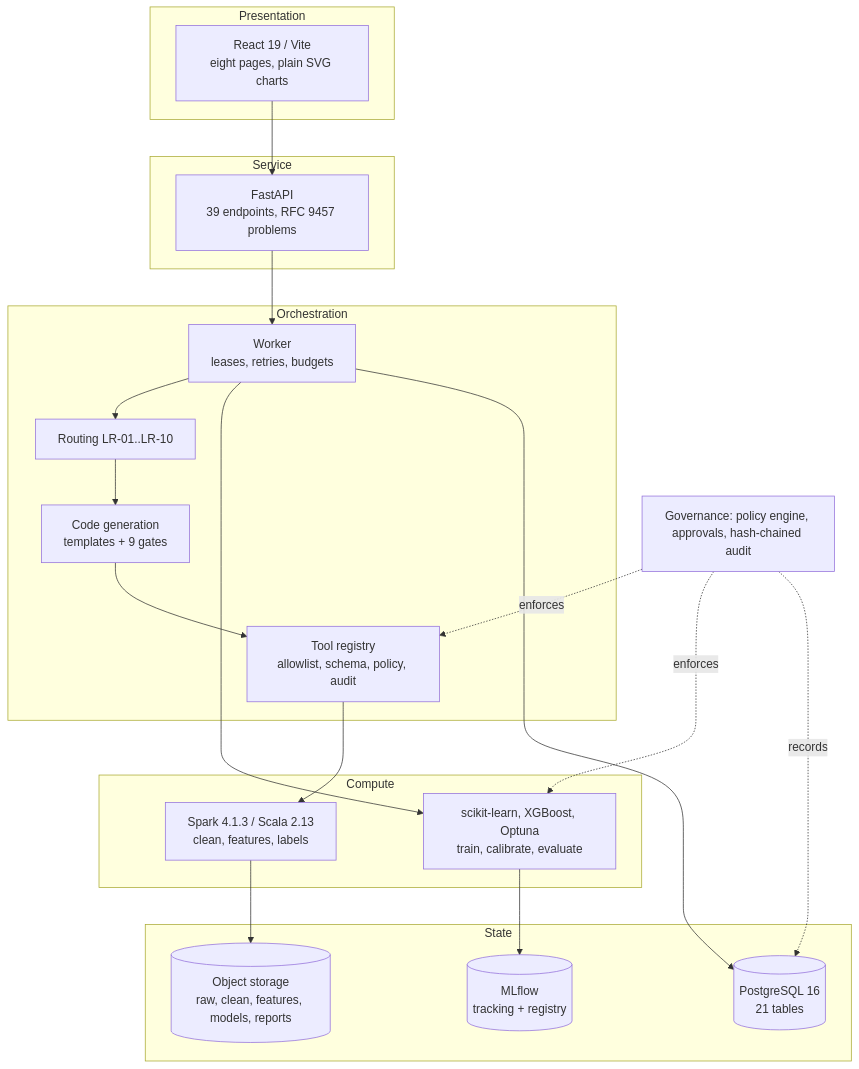
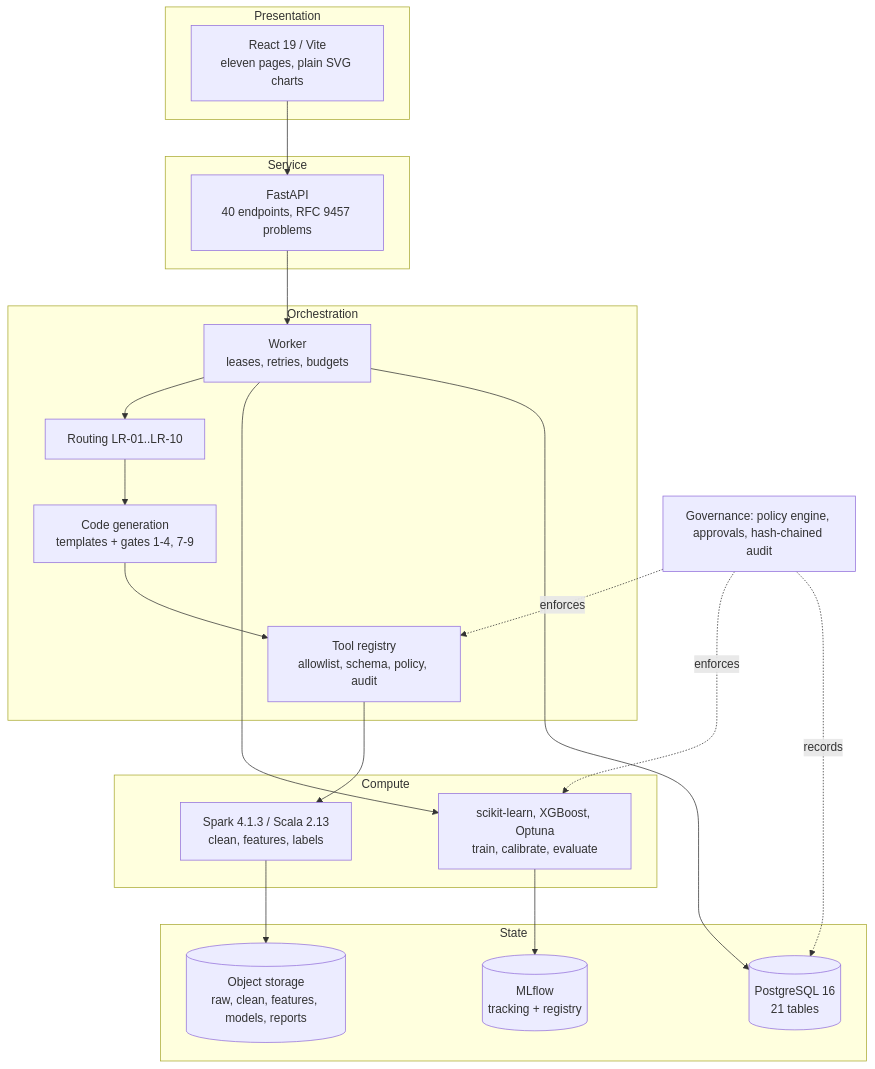
Before and after one commit to prit-in/TRIAD: the first of 2 diagrams in docs/architecture/README.md, drawn with Mermaid. The commit also changed other lines of this file and 11 other files, not shown here.

````diff
--- a/docs/architecture/README.md
+++ b/docs/architecture/README.md
@@ -15,35 +15,35 @@
 ```mermaid
 flowchart TB
   subgraph UI[Presentation]
-    FE[React 19 / Vite<br/>eight pages, plain SVG charts]
+    FE[React 19 / Vite<br/>eleven pages, plain SVG charts]
   end
   subgraph API[Service]
-    FA[FastAPI<br/>39 endpoints, RFC 9457 problems]
+    FA[FastAPI<br/>40 endpoints, RFC 9457 problems]
   end
   subgraph ORCH[Orchestration]
     W[Worker<br/>leases, retries, budgets]
     R[Routing LR-01..LR-10]
-    CG[Code generation<br/>templates + 9 gates]
+    CG[Code generation<br/>templates + gates 1-4, 7-9]
     TR[Tool registry<br/>allowlist, schema, policy, audit]
   end
   subgraph COMPUTE[Compute]
     SP[Spark 4.1.3 / Scala 2.13<br/>clean, features, labels]
     ML[scikit-learn, XGBoost, Optuna<br/>train, calibrate, evaluate]
   end
   subgraph STORE[State]
     PG[(PostgreSQL 16<br/>21 tables)]
     FS[(Object storage<br/>raw, clean, features, models, reports)]
     MLF[(MLflow<br/>tracking + registry)]
   end
   GOV[Governance: policy engine, approvals, hash-chained audit]
 
   FE --> FA --> W
   W --> R --> CG --> TR --> SP
   W --> ML
   SP --> FS
   ML --> MLF
   W --> PG
   GOV -.enforces.-> TR
   GOV -.enforces.-> ML
   GOV -.records.-> PG
 ```
````
